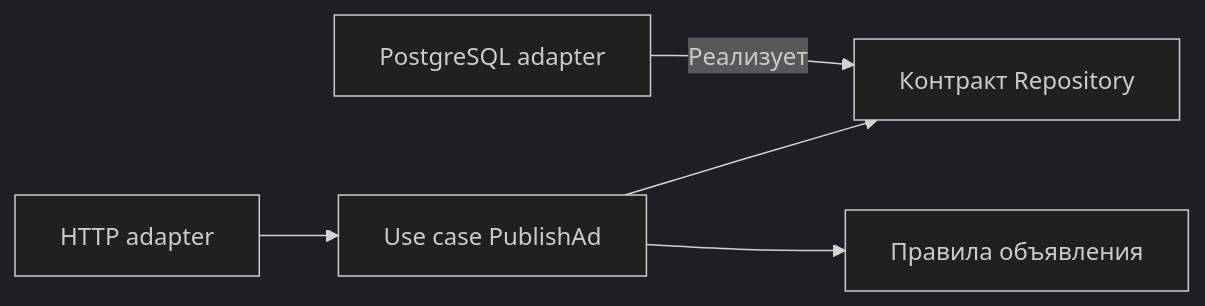
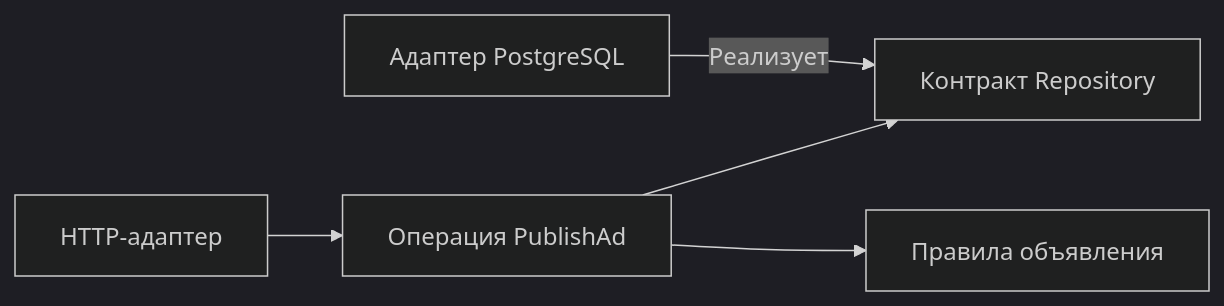
One commit to leary1337/vault changed the diagram in docs/backend-architecture/clean-architecture.md. Above: the diagram before and after it, drawn with Mermaid (dark theme). The commit also changed other lines of this file and 325 other files, not shown here.

````diff
--- a/docs/backend-architecture/clean-architecture.md
+++ b/docs/backend-architecture/clean-architecture.md
@@ -41,7 +26,7 @@
 ```mermaid
 flowchart LR
-    H[HTTP adapter] --> U[Use case PublishAd]
+    H[HTTP-адаптер] --> U[Операция PublishAd]
     U --> P[Контракт Repository]
-    SQL[PostgreSQL adapter] -->|Реализует| P
+    SQL[Адаптер PostgreSQL] -->|Реализует| P
     U --> D[Правила объявления]
 ```
````
